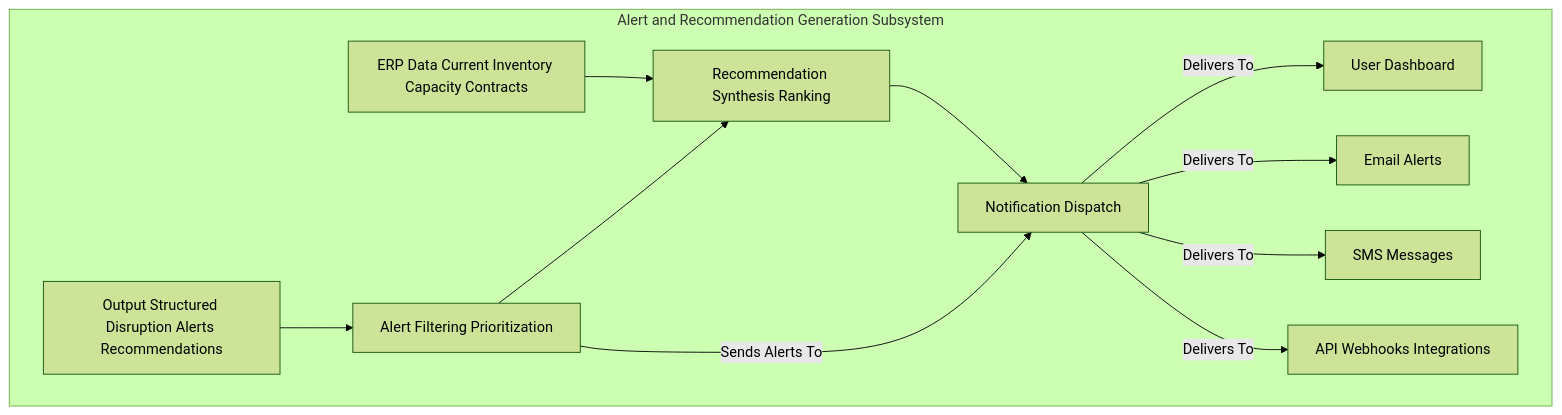
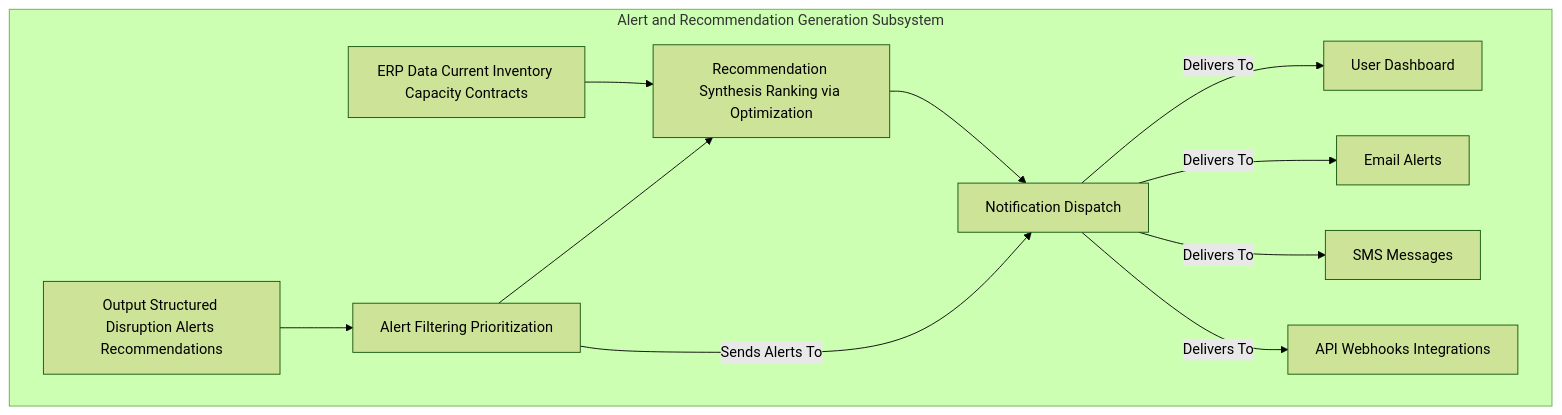
One commit to diplomat-bit/Citibank_Demo_Business_Inc_Demonstration- changed the fifth of 10 diagrams in inventions/024_predictive_supply_chain_disruption.md. Above: the diagram before and after it, drawn with Mermaid (forest theme). The commit also changed other lines of this file, not shown here.

````diff
--- a/inventions/024_predictive_supply_chain_disruption.md
+++ b/inventions/024_predictive_supply_chain_disruption.md
@@ -187,14 +198,14 @@
 ```mermaid
 graph TD
     subgraph Alert and Recommendation Generation Subsystem
         OSD[Output Structured Disruption Alerts Recommendations] --> AFP[Alert Filtering Prioritization]
-        ERP_DATA[ERP Data Current Inventory Capacity Contracts] --> RSS[Recommendation Synthesis Ranking]
+        ERP_DATA[ERP Data Current Inventory Capacity Contracts] --> RSS[Recommendation Synthesis Ranking via Optimization]
         AFP --> RSS
         RSS --> ND[Notification Dispatch]
         AFP -- Sends Alerts To --> ND
         ND -- Delivers To --> UD[User Dashboard]
         ND -- Delivers To --> EMAIL[Email Alerts]
         ND -- Delivers To --> SMS[SMS Messages]
         ND -- Delivers To --> WEBHOOK[API Webhooks Integrations]
     end
 ```
````
